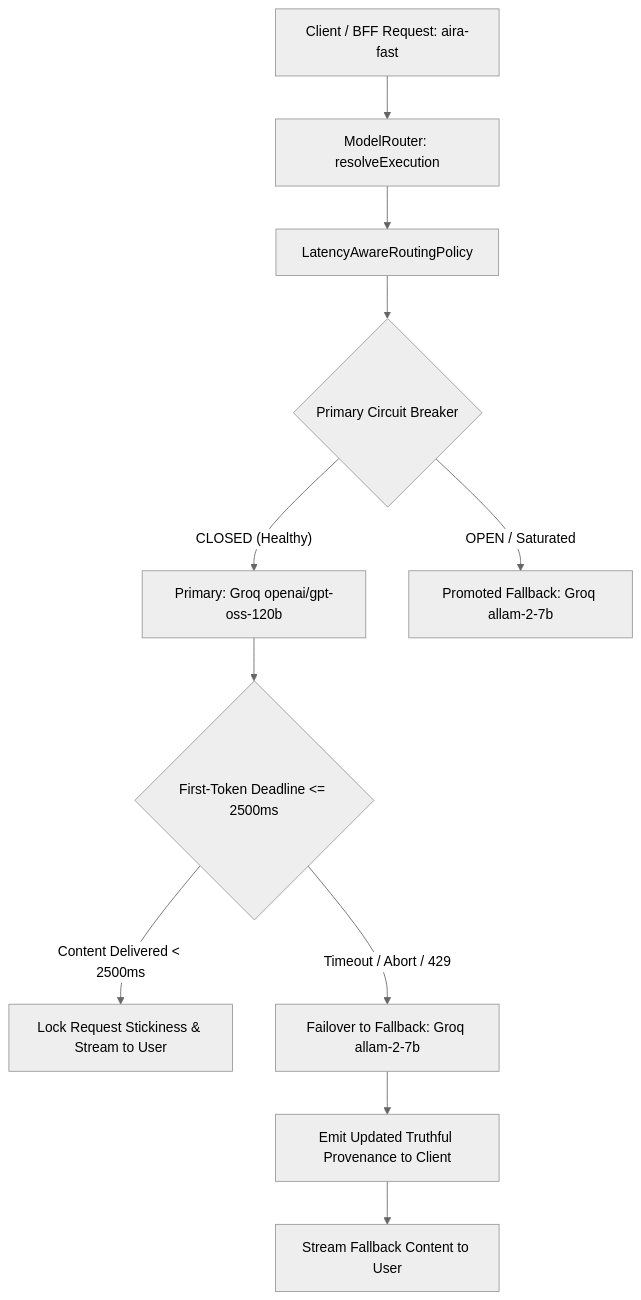
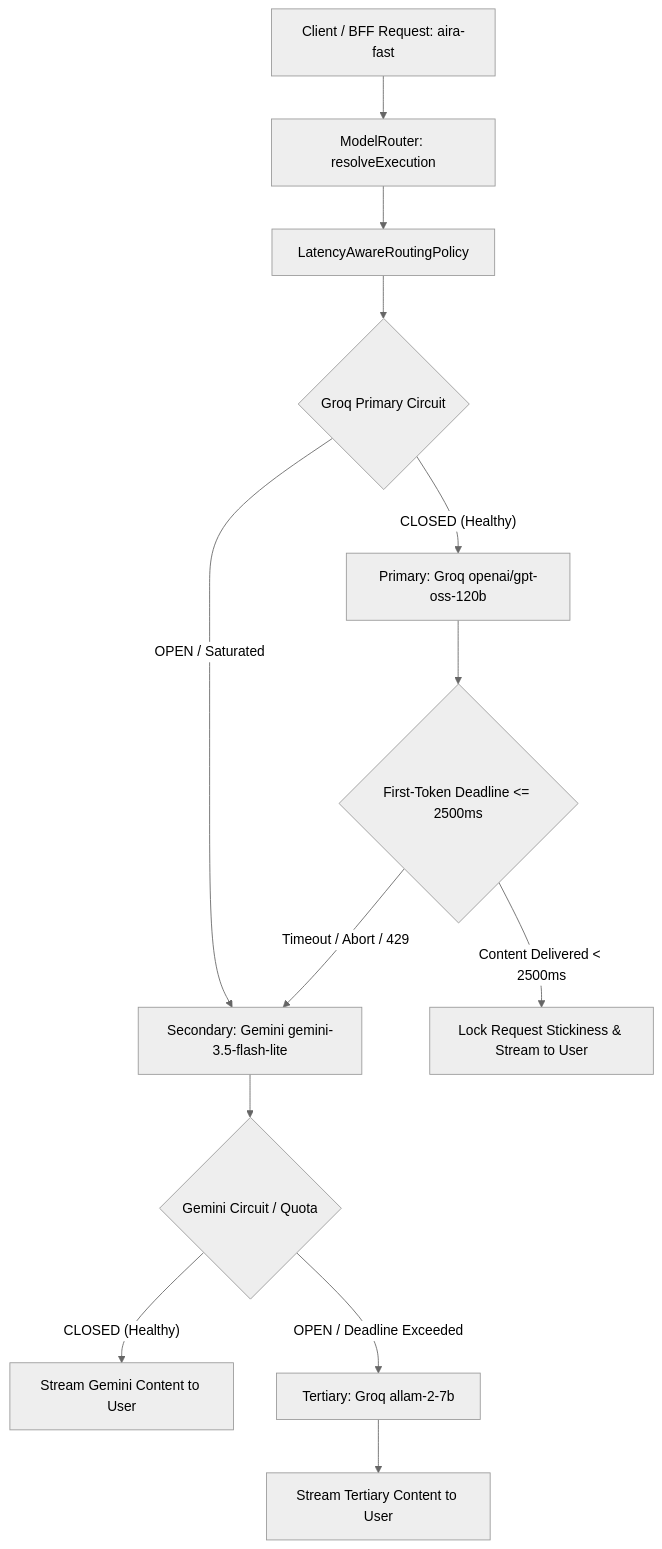
Before and after one commit to rajpunkeshwarrajgautam-boop/AIRA-AI-2026: the diagram in P1_6_PROVIDER_ROUTING_POLICY.md, drawn with Mermaid (neutral theme). The commit also changed other lines of this file and 4 other files, not shown here.

Commit message:
docs(p1.6): update gemini empirical baseline, 90-req benchmark, routing policy, and resilience report

````diff
--- a/P1_6_PROVIDER_ROUTING_POLICY.md
+++ b/P1_6_PROVIDER_ROUTING_POLICY.md
@@ -7,13 +7,15 @@
 ```mermaid
 flowchart TD
     Client[Client / BFF Request: aira-fast] --> Router[ModelRouter: resolveExecution]
     Router --> Policy[LatencyAwareRoutingPolicy]
-    Policy --> CB{Primary Circuit Breaker}
-    CB -- CLOSED (Healthy) --> Primary[Primary: Groq openai/gpt-oss-120b]
-    CB -- OPEN / Saturated --> Fallback[Promoted Fallback: Groq allam-2-7b]
+    Policy --> CB1{Groq Primary Circuit}
+    CB1 -- CLOSED (Healthy) --> Primary[Primary: Groq openai/gpt-oss-120b]
+    CB1 -- OPEN / Saturated --> Fallback1[Secondary: Gemini gemini-3.5-flash-lite]
     Primary --> Deadline{First-Token Deadline <= 2500ms}
     Deadline -- Content Delivered < 2500ms --> StickinessLock[Lock Request Stickiness & Stream to User]
-    Deadline -- Timeout / Abort / 429 --> Failover[Failover to Fallback: Groq allam-2-7b]
-    Failover --> TruthfulProv[Emit Updated Truthful Provenance to Client]
-    TruthfulProv --> StreamFallback[Stream Fallback Content to User]
+    Deadline -- Timeout / Abort / 429 --> Fallback1
+    Fallback1 --> CB2{Gemini Circuit / Quota}
+    CB2 -- CLOSED (Healthy) --> StreamGemini[Stream Gemini Content to User]
+    CB2 -- OPEN / Deadline Exceeded --> Fallback2[Tertiary: Groq allam-2-7b]
+    Fallback2 --> StreamTertiary[Stream Tertiary Content to User]
 ```
````
